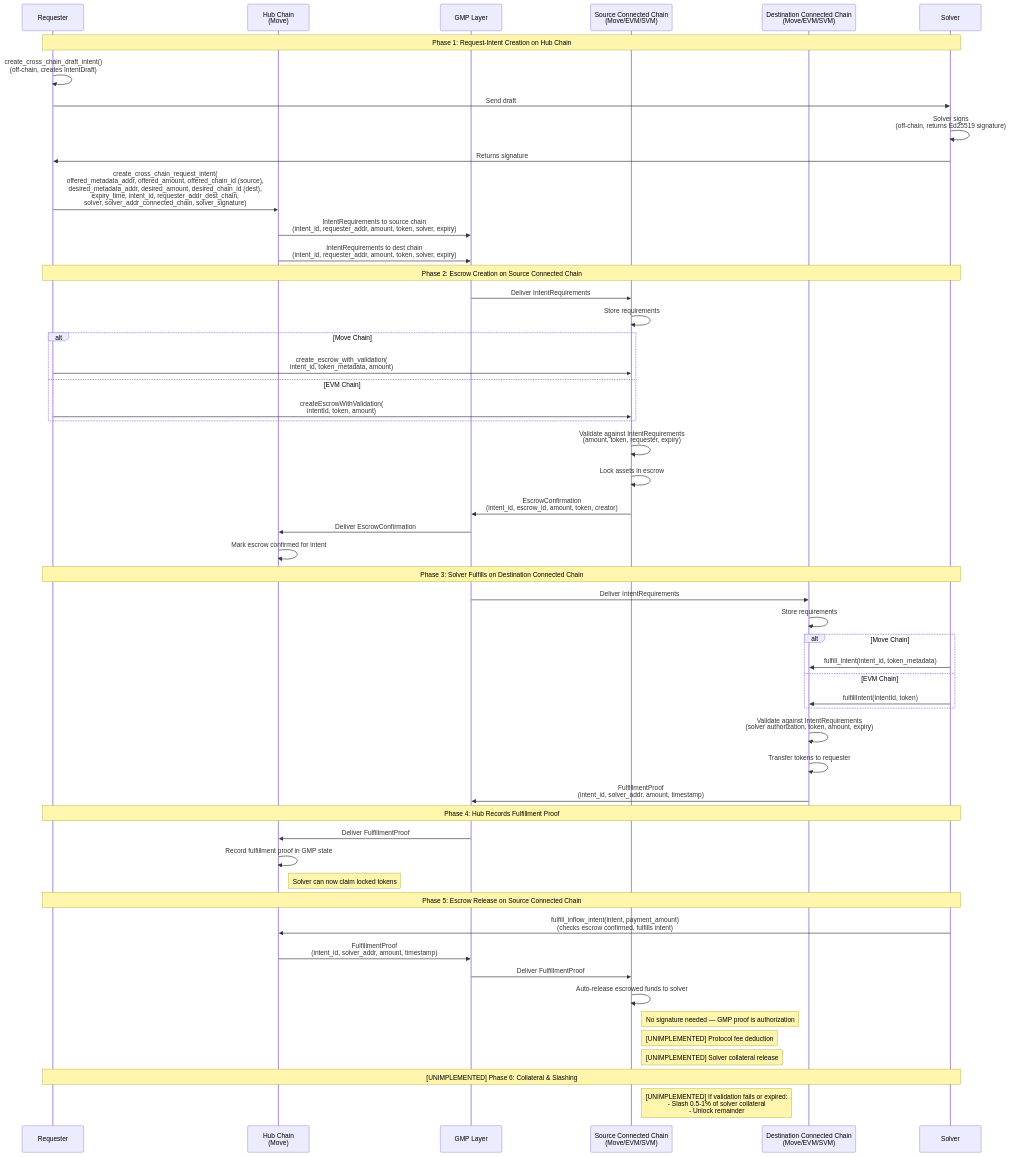
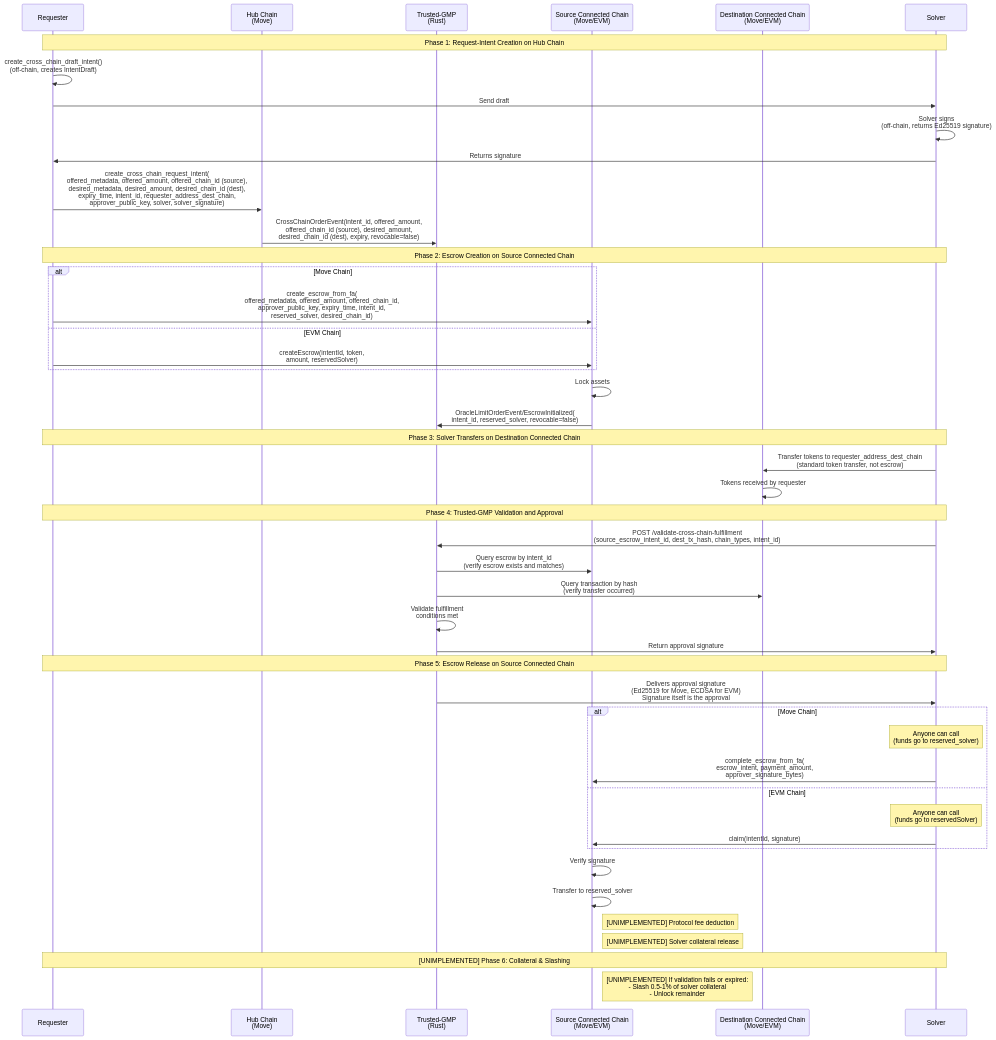
Before and after one commit to MoveIndustries/int3nts: the diagram in docs/architecture/conception/architecture-diff.md, drawn with Mermaid. The commit also changed other lines of this file and 493 other files, not shown here.

````diff
--- a/docs/architecture/conception/architecture-diff.md
+++ b/docs/architecture/conception/architecture-diff.md
@@ -112,61 +89,54 @@
 ```mermaid
 sequenceDiagram
     participant Requester
     participant Hub as Hub Chain<br/>(Move)
-    participant GMP as GMP Layer
-    participant Source as Source Connected Chain<br/>(Move/EVM/SVM)
-    participant Dest as Destination Connected Chain<br/>(Move/EVM/SVM)
+    participant TrustedGMP as Trusted-GMP<br/>(Rust)
+    participant Source as Source Connected Chain<br/>(Move/EVM)
+    participant Dest as Destination Connected Chain<br/>(Move/EVM)
     participant Solver
 
     Note over Requester,Solver: Phase 1: Request-Intent Creation on Hub Chain
     Requester->>Requester: create_cross_chain_draft_intent()<br/>(off-chain, creates IntentDraft)
     Requester->>Solver: Send draft
     Solver->>Solver: Solver signs<br/>(off-chain, returns Ed25519 signature)
     Solver->>Requester: Returns signature
-    Requester->>Hub: create_cross_chain_request_intent(<br/>offered_metadata_addr, offered_amount, offered_chain_id (source),<br/>desired_metadata_addr, desired_amount, desired_chain_id (dest),<br/>expiry_time, intent_id, requester_addr_dest_chain,<br/>solver, solver_addr_connected_chain, solver_signature)
-    Hub->>GMP: IntentRequirements to source chain<br/>(intent_id, requester_addr, amount, token, solver, expiry)
-    Hub->>GMP: IntentRequirements to dest chain<br/>(intent_id, requester_addr, amount, token, solver, expiry)
+    Requester->>Hub: create_cross_chain_request_intent(<br/>offered_metadata, offered_amount, offered_chain_id (source),<br/>desired_metadata, desired_amount, desired_chain_id (dest),<br/>expiry_time, intent_id, requester_address_dest_chain,<br/>approver_public_key, solver, solver_signature)
+    Hub->>TrustedGMP: CrossChainOrderEvent(intent_id, offered_amount,<br/>offered_chain_id (source), desired_amount,<br/>desired_chain_id (dest), expiry, revocable=false)
 
     Note over Requester,Solver: Phase 2: Escrow Creation on Source Connected Chain
-    GMP->>Source: Deliver IntentRequirements
-    Source->>Source: Store requirements
     alt Move Chain
-        Requester->>Source: create_escrow_with_validation(<br/>intent_id, token_metadata, amount)
+        Requester->>Source: create_escrow_from_fa(<br/>offered_metadata, offered_amount, offered_chain_id,<br/>approver_public_key, expiry_time, intent_id,<br/>reserved_solver, desired_chain_id)
     else EVM Chain
-        Requester->>Source: createEscrowWithValidation(<br/>intentId, token, amount)
+        Requester->>Source: createEscrow(intentId, token,<br/>amount, reservedSolver)
     end
-    Source->>Source: Validate against IntentRequirements<br/>(amount, token, requester, expiry)
-    Source->>Source: Lock assets in escrow
-    Source->>GMP: EscrowConfirmation<br/>(intent_id, escrow_id, amount, token, creator)
-    GMP->>Hub: Deliver EscrowConfirmation
-    Hub->>Hub: Mark escrow confirmed for intent
+    Source->>Source: Lock assets
+    Source->>TrustedGMP: OracleLimitOrderEvent/EscrowInitialized(<br/>intent_id, reserved_solver, revocable=false)
 
-    Note over Requester,Solver: Phase 3: Solver Fulfills on Destination Connected Chain
-    GMP->>Dest: Deliver IntentRequirements
-    Dest->>Dest: Store requirements
-    alt Move Chain
-        Solver->>Dest: fulfill_intent(intent_id, token_metadata)
-    else EVM Chain
-        Solver->>Dest: fulfillIntent(intentId, token)
-    end
-    Dest->>Dest: Validate against IntentRequirements<br/>(solver authorization, token, amount, expiry)
-    Dest->>Dest: Transfer tokens to requester
-    Dest->>GMP: FulfillmentProof<br/>(intent_id, solver_addr, amount, timestamp)
+    Note over Requester,Solver: Phase 3: Solver Transfers on Destination Connected Chain
+    Solver->>Dest: Transfer tokens to requester_address_dest_chain<br/>(standard token transfer, not escrow)
+    Dest->>Dest: Tokens received by requester
 
-    Note over Requester,Solver: Phase 4: Hub Records Fulfillment Proof
-    GMP->>Hub: Deliver FulfillmentProof
-    Hub->>Hub: Record fulfillment proof in GMP state
-    Note right of Hub: Solver can now claim locked tokens
+    Note over Requester,Solver: Phase 4: Trusted-GMP Validation and Approval
+    Solver->>TrustedGMP: POST /validate-cross-chain-fulfillment<br/>(source_escrow_intent_id, dest_tx_hash, chain_types, intent_id)
+    TrustedGMP->>Source: Query escrow by intent_id<br/>(verify escrow exists and matches)
+    TrustedGMP->>Dest: Query transaction by hash<br/>(verify transfer occurred)
+    TrustedGMP->>TrustedGMP: Validate fulfillment<br/>conditions met
+    TrustedGMP->>Solver: Return approval signature
 
     Note over Requester,Solver: Phase 5: Escrow Release on Source Connected Chain
-    Solver->>Hub: fulfill_inflow_intent(intent, payment_amount)<br/>(checks escrow confirmed, fulfills intent)
-    Hub->>GMP: FulfillmentProof<br/>(intent_id, solver_addr, amount, timestamp)
-    GMP->>Source: Deliver FulfillmentProof
-    Source->>Source: Auto-release escrowed funds to solver
-    Note right of Source: No signature needed — GMP proof is authorization
+    TrustedGMP->>Solver: Delivers approval signature<br/>(Ed25519 for Move, ECDSA for EVM)<br/>Signature itself is the approval
+    alt Move Chain
+        Note over Solver: Anyone can call<br/>(funds go to reserved_solver)
+        Solver->>Source: complete_escrow_from_fa(<br/>escrow_intent, payment_amount,<br/>approver_signature_bytes)
+    else EVM Chain
+        Note over Solver: Anyone can call<br/>(funds go to reservedSolver)
+        Solver->>Source: claim(intentId, signature)
+    end
+    Source->>Source: Verify signature
+    Source->>Source: Transfer to reserved_solver
     Note right of Source: [UNIMPLEMENTED] Protocol fee deduction
     Note right of Source: [UNIMPLEMENTED] Solver collateral release
 
     Note over Requester,Solver: [UNIMPLEMENTED] Phase 6: Collateral & Slashing
     Note right of Source: [UNIMPLEMENTED] If validation fails or expired:<br/>- Slash 0.5-1% of solver collateral<br/>- Unlock remainder
 ```
````
